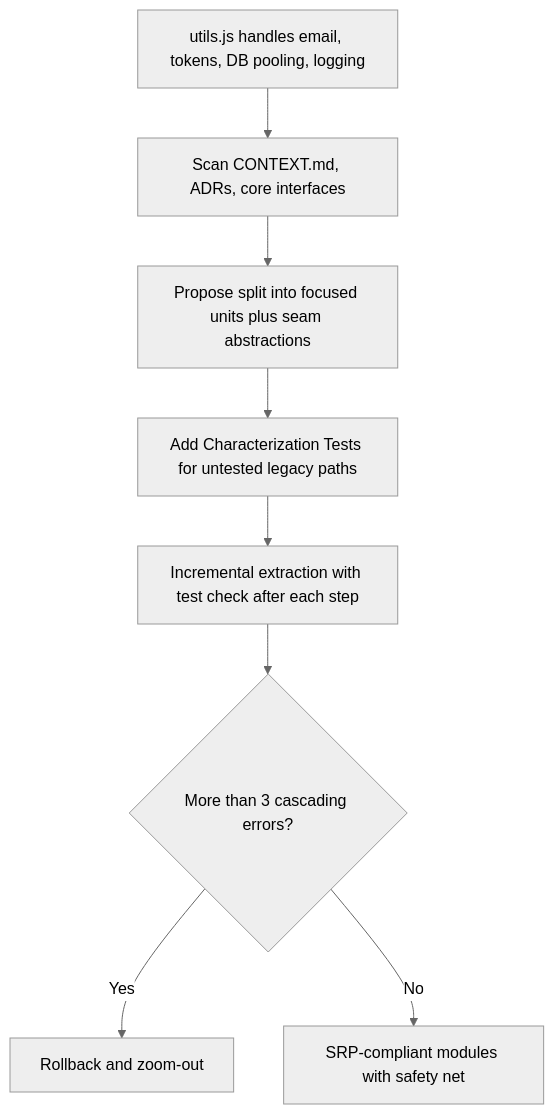
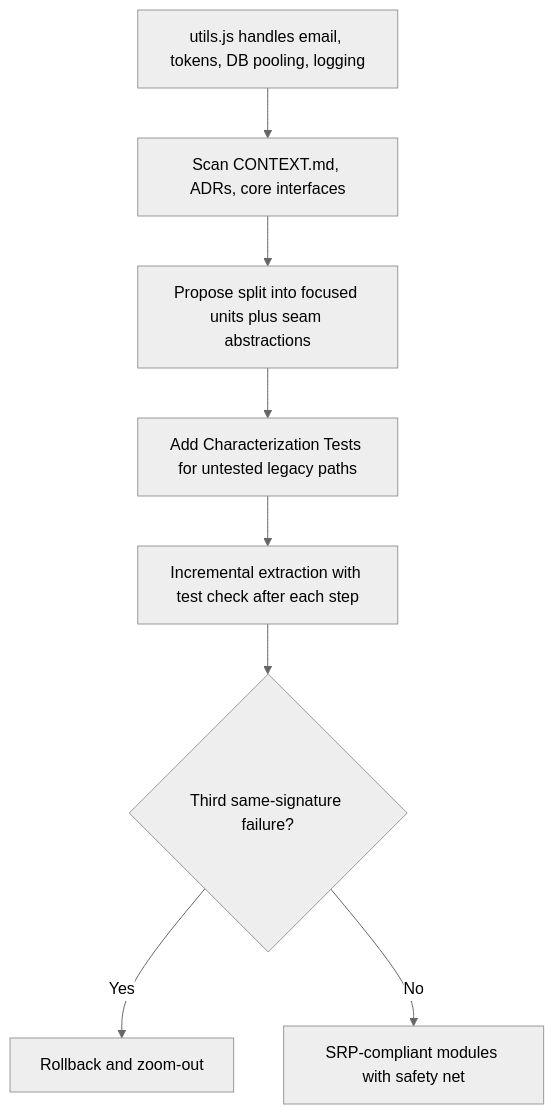
One commit to dyphn1/Harness-everything changed the third of 3 diagrams in docs/workflows/improve-codebase-architecture.md. Above: the diagram before and after it, drawn with Mermaid (neutral theme). The commit also changed other lines of this file, not shown here.

Commit message:
docs(rule-of-3): align architecture rollback threshold

````diff
--- a/docs/workflows/improve-codebase-architecture.md
+++ b/docs/workflows/improve-codebase-architecture.md
@@ -37,10 +37,10 @@
 ```mermaid
 graph TD
   BloatedUtil["utils.js handles email, tokens, DB pooling, logging"] --> ScanInterfaces["Scan CONTEXT.md, ADRs, core interfaces"]
   ScanInterfaces --> SRPProposal["Propose split into focused units plus seam abstractions"]
   SRPProposal --> CharNet["Add Characterization Tests for untested legacy paths"]
   CharNet --> Incremental["Incremental extraction with test check after each step"]
-  Incremental --> RollbackGate{"More than 3 cascading errors?"}
+  Incremental --> RollbackGate{"Third same-signature failure?"}
   RollbackGate -->|Yes| RollbackZoom["Rollback and zoom-out"]
   RollbackGate -->|No| ModularDone["SRP-compliant modules with safety net"]
 ```
````
